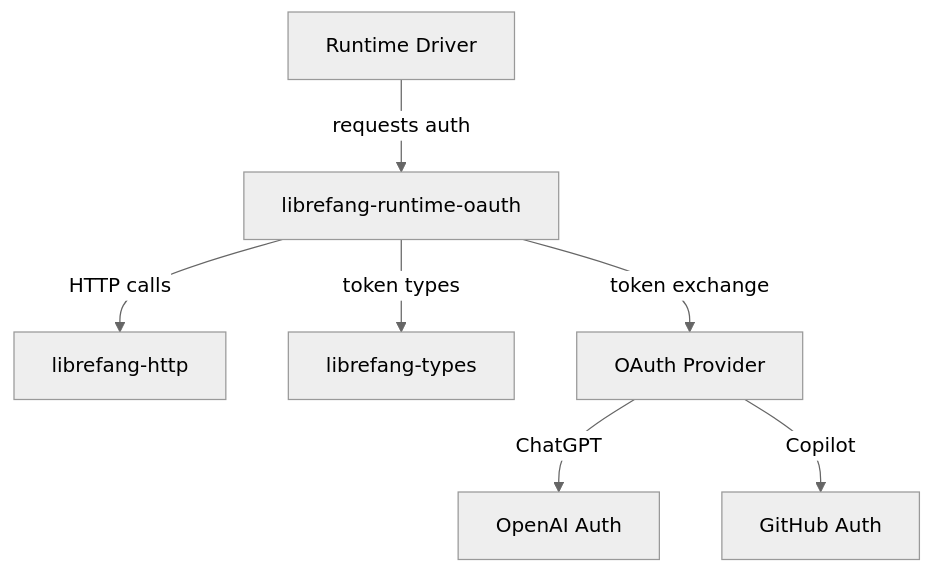
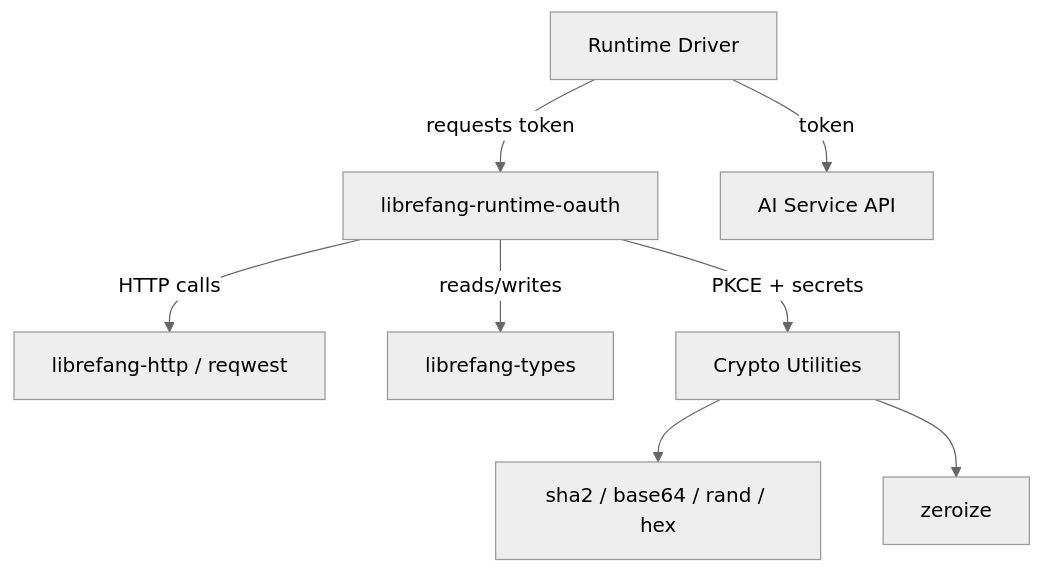
The diagram in other-librefang-runtime-oauth.md (leszek3737/librefang-WIki), drawn with Mermaid (neutral theme) before and after one commit. The commit also changed other lines of this file and 110 other files, not shown here.

````diff
--- a/other-librefang-runtime-oauth.md
+++ b/other-librefang-runtime-oauth.md
@@ -19,9 +15,10 @@
 ```mermaid
 graph TD
-    A[Runtime Driver] -->|requests auth| B[librefang-runtime-oauth]
-    B -->|HTTP calls| C[librefang-http]
-    B -->|token types| D[librefang-types]
-    B -->|token exchange| E[OAuth Provider]
-    E -->|ChatGPT| F[OpenAI Auth]
-    E -->|Copilot| G[GitHub Auth]
+    A[Runtime Driver] -->|requests token| B[librefang-runtime-oauth]
+    B -->|HTTP calls| C[librefang-http / reqwest]
+    B -->|reads/writes| D[librefang-types]
+    B -->|PKCE + secrets| E[Crypto Utilities]
+    E --> F[sha2 / base64 / rand / hex]
+    E --> G[zeroize]
+    A -->|token| H[AI Service API]
 ```
````
